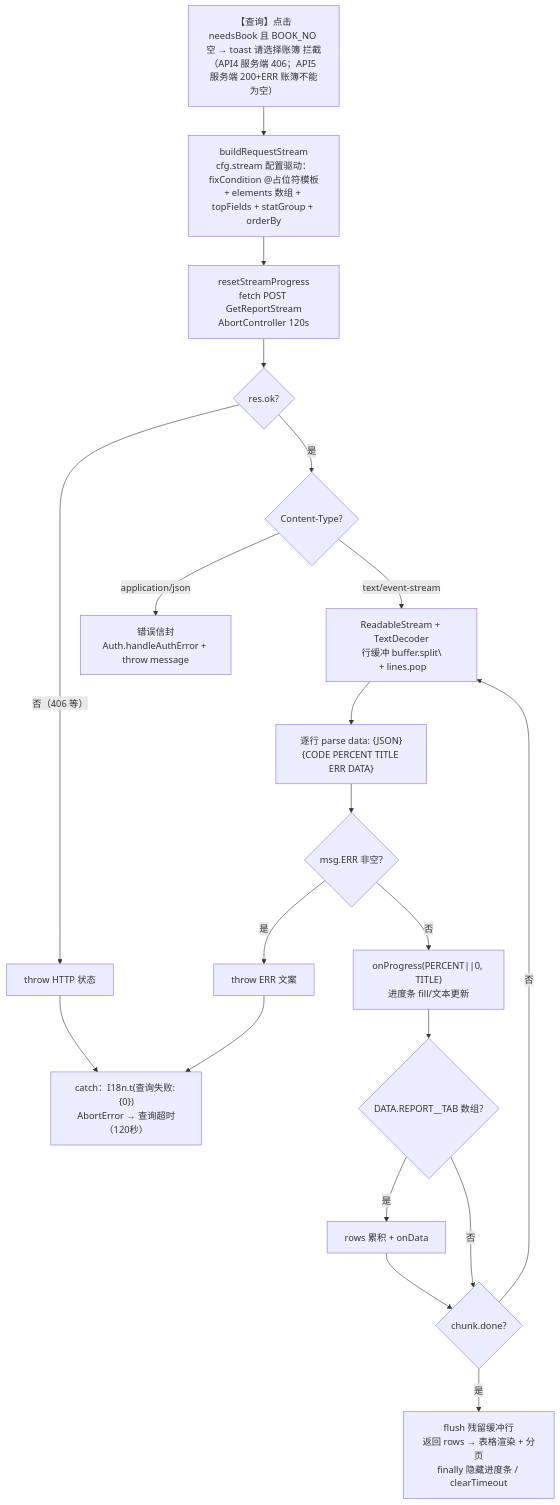
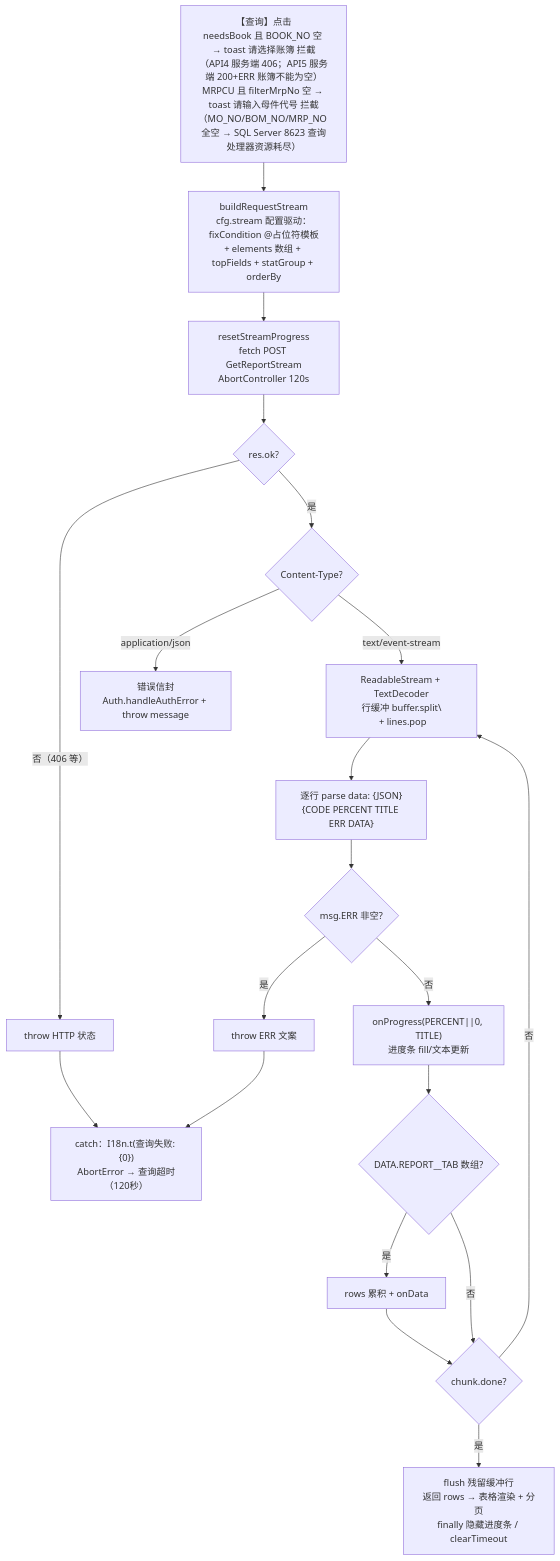
Before and after one commit to ksmingkimo/AsCoding: diagram 21 of 23 in 流程图.md, drawn with Mermaid. The commit also changed other lines of this file and 19 other files, not shown here.

````diff
--- a/流程图.md
+++ b/流程图.md
@@ -567,22 +572,22 @@
 ```mermaid
 flowchart TD
-    A["【查询】点击<br/>needsBook 且 BOOK_NO 空 → toast 请选择账簿 拦截<br/>（API4 服务端 406；API5 服务端 200+ERR 账簿不能为空）"] --> B["buildRequestStream<br/>cfg.stream 配置驱动：fixCondition @占位符模板<br/>+ elements 数组 + topFields + statGroup + orderBy"]
+    A["【查询】点击<br/>needsBook 且 BOOK_NO 空 → toast 请选择账簿 拦截<br/>（API4 服务端 406；API5 服务端 200+ERR 账簿不能为空）<br/>MRPCU 且 filterMrpNo 空 → toast 请输入母件代号 拦截<br/>（MO_NO/BOM_NO/MRP_NO 全空 → SQL Server 8623 查询处理器资源耗尽）"] --> B["buildRequestStream<br/>cfg.stream 配置驱动：fixCondition @占位符模板<br/>+ elements 数组 + topFields + statGroup + orderBy"]
     B --> C["resetStreamProgress<br/>fetch POST GetReportStream<br/>AbortController 120s"]
     C --> D{res.ok?}
     D -->|否（406 等）| E[throw HTTP 状态]
     D -->|是| F{Content-Type?}
     F -->|application/json| G["错误信封<br/>Auth.handleAuthError + throw message"]
     F -->|text/event-stream| H["ReadableStream + TextDecoder<br/>行缓冲 buffer.split\\n + lines.pop"]
     H --> I["逐行 parse data: {JSON}<br/>{CODE PERCENT TITLE ERR DATA}"]
     I --> J{msg.ERR 非空?}
     J -->|是| K[throw ERR 文案]
     J -->|否| L["onProgress(PERCENT||0, TITLE)<br/>进度条 fill/文本更新"]
     L --> M{"DATA.REPORT__TAB 数组?"}
     M -->|是| N[rows 累积 + onData]
     M -->|否| O{chunk.done?}
     N --> O
     O -->|否| H
     O -->|是| P["flush 残留缓冲行<br/>返回 rows → 表格渲染 + 分页<br/>finally 隐藏进度条 / clearTimeout"]
     K --> P2["catch：I18n.t(查询失败: {0})<br/>AbortError → 查询超时（120秒）"]
     E --> P2
 ```
````
